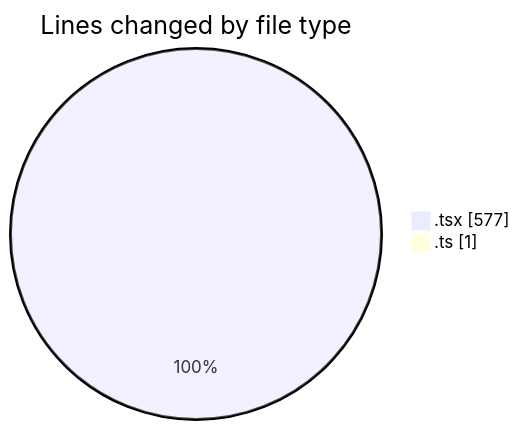
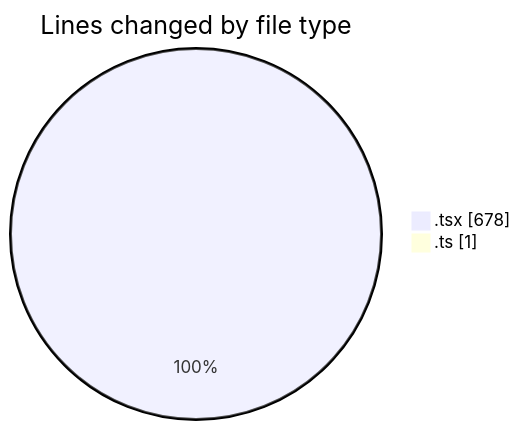
Before and after one commit to robertbonfada/code-tracking: the first of 2 diagrams in 2025-03-08/mbc-web/README.md, drawn with Mermaid. The commit also changed other lines of this file and 1 other file, not shown here.

````diff
--- a/2025-03-08/mbc-web/README.md
+++ b/2025-03-08/mbc-web/README.md
@@ -25,6 +25,6 @@
 ```mermaid
 pie showData
 title Lines changed by file type
-".tsx" : 577
+".tsx" : 678
 ".ts" : 1
 ```
````
